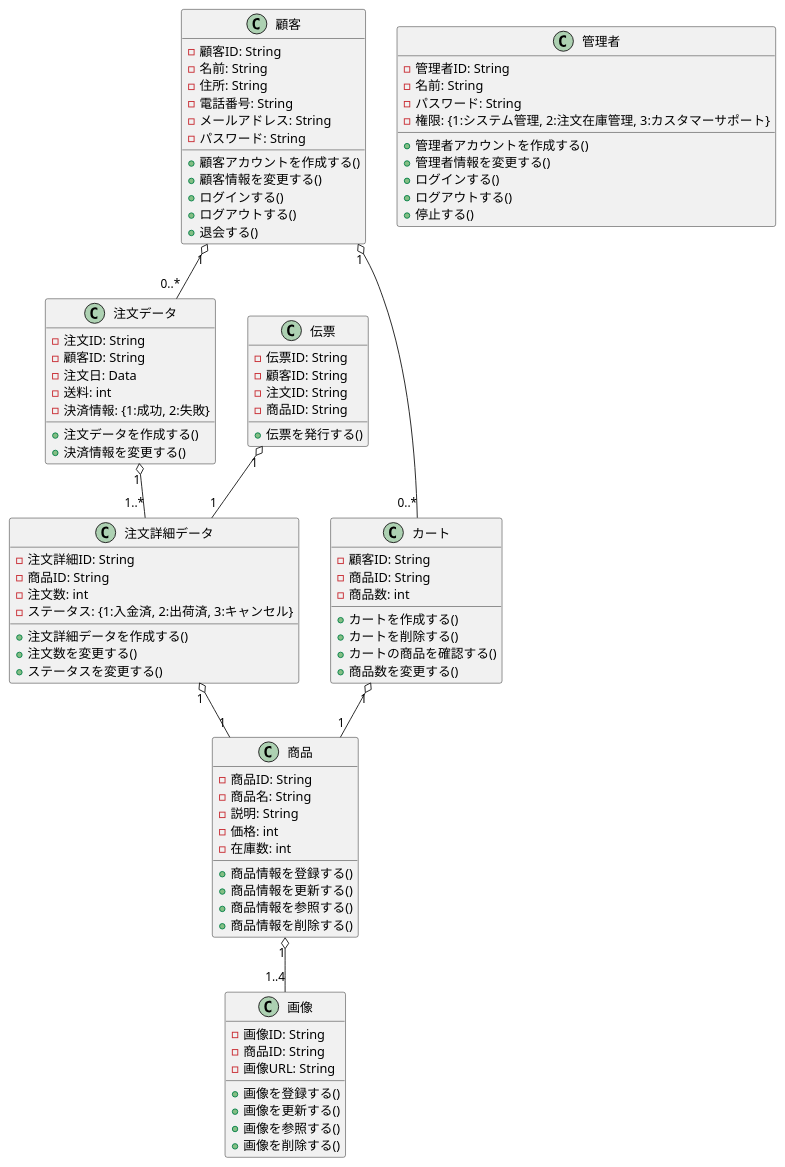
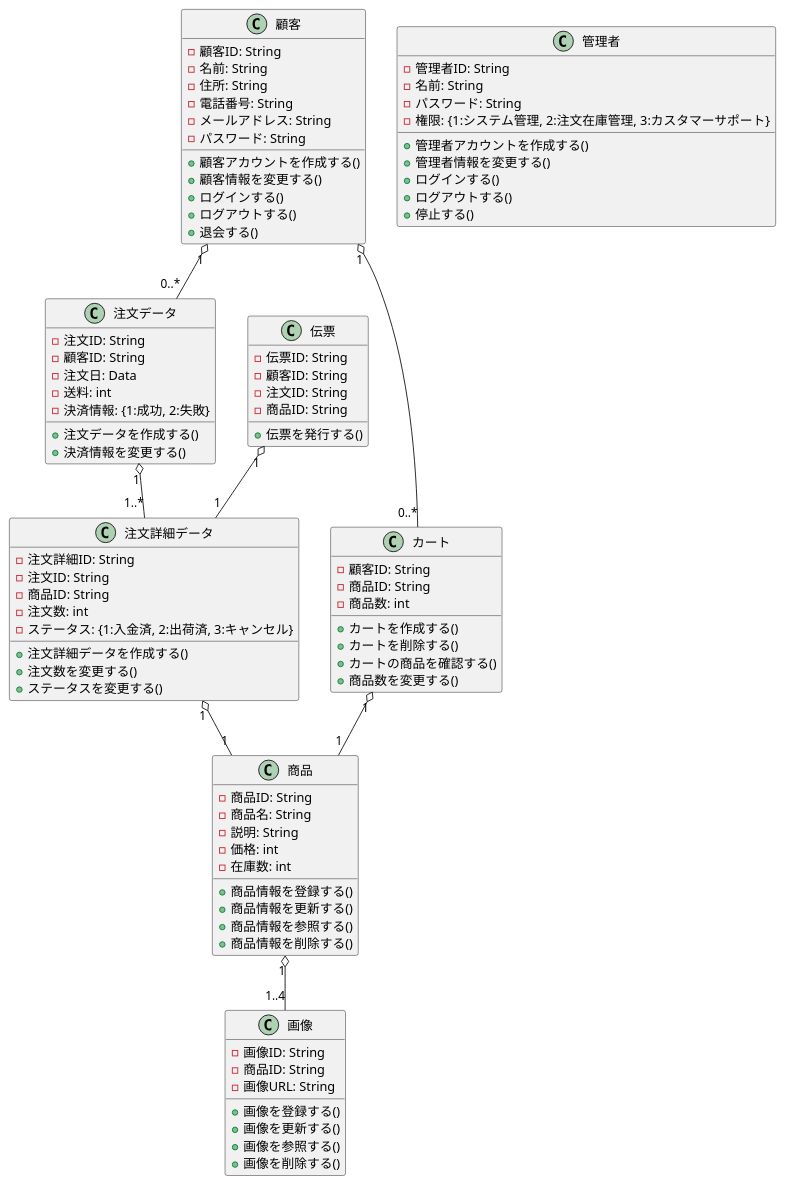
The diagram in BB/class.pu (FujikawaHirono0520/group3_1_dogdog), drawn with PlantUML before and after one commit.

Commit message:
【追記】注文詳細データの注文ID

```diff
--- a/BB/class.pu
+++ b/BB/class.pu
@@ -1,112 +1,113 @@
 @startuml .
 
 class 顧客{
     - 顧客ID: String
     - 名前: String
     - 住所: String
     - 電話番号: String
     - メールアドレス: String
     - パスワード: String
 
     + 顧客アカウントを作成する()
     + 顧客情報を変更する()
     + ログインする()
     + ログアウトする()
     + 退会する()
 }
 
 class 管理者 {
     - 管理者ID: String
     - 名前: String
     - パスワード: String
     - 権限: {1:システム管理, 2:注文在庫管理, 3:カスタマーサポート}
 
     + 管理者アカウントを作成する()
     + 管理者情報を変更する()
     + ログインする()
     + ログアウトする()
     + 停止する()
 }
 
 class 注文データ {
     - 注文ID: String
     - 顧客ID: String
     - 注文日: Data
     - 送料: int
     - 決済情報: {1:成功, 2:失敗}
 
     + 注文データを作成する()
     + 決済情報を変更する()
 }
 
 class 注文詳細データ {
     - 注文詳細ID: String
+    - 注文ID: String
     - 商品ID: String
     - 注文数: int
     - ステータス: {1:入金済, 2:出荷済, 3:キャンセル}
 
     + 注文詳細データを作成する()
     + 注文数を変更する()
     + ステータスを変更する()
 }
 
 class 伝票 {
     - 伝票ID: String
     - 顧客ID: String
     - 注文ID: String
     - 商品ID: String
 
     + 伝票を発行する()
 }
 
 class カート {
     - 顧客ID: String
     - 商品ID: String
     - 商品数: int
 
     + カートを作成する()
     + カートを削除する()
     + カートの商品を確認する()
     + 商品数を変更する()
 }
 
 class 商品 {
     - 商品ID: String
     - 商品名: String
     - 説明: String
     - 価格: int
     - 在庫数: int
 
     + 商品情報を登録する()
     + 商品情報を更新する()
     + 商品情報を参照する()
     + 商品情報を削除する()
 }
 
 class 画像 {
     - 画像ID: String
     - 商品ID: String
     - 画像URL: String
 
     + 画像を登録する()
     + 画像を更新する()
     + 画像を参照する()
     + 画像を削除する()
 }
 
 
 顧客 "1" o-- "0..*" カート
 
 カート "1" o-- "1" 商品
 
 顧客 "1" o-- "0..*" 注文データ
 
 注文データ "1" o-- "1..*" 注文詳細データ
 
 注文詳細データ "1" o-- "1" 商品
 
 商品 "1" o-- "1..4" 画像
 
 伝票 "1" o-- "1" 注文詳細データ
 
 @enduml
```
